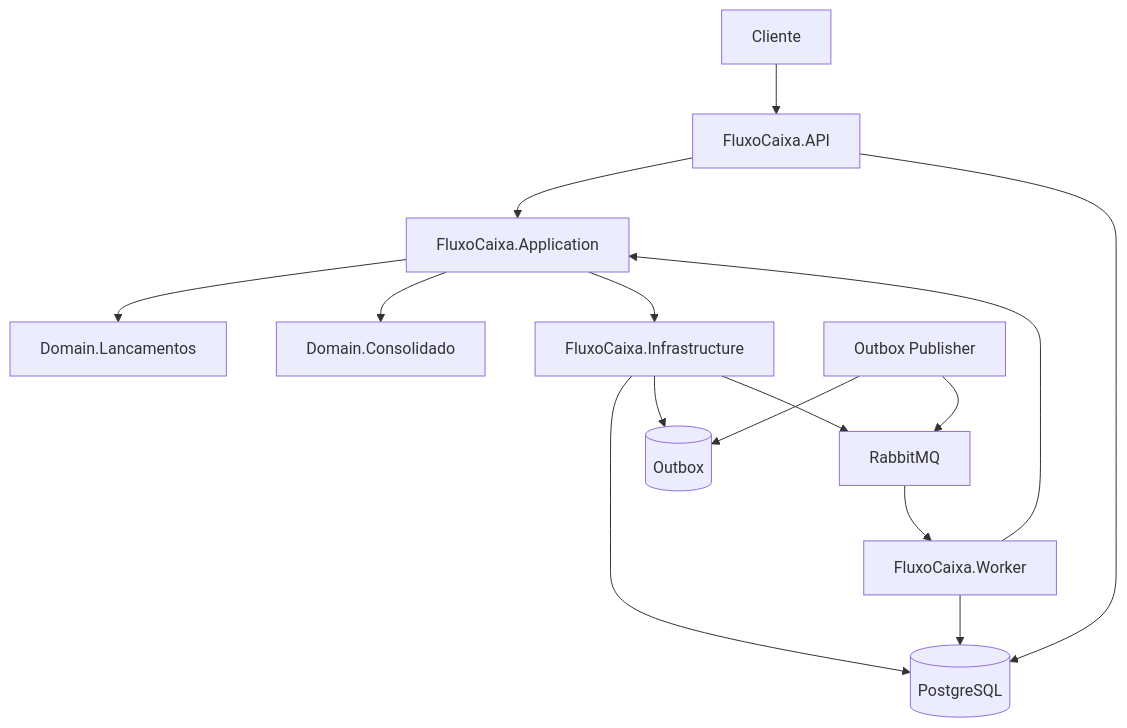
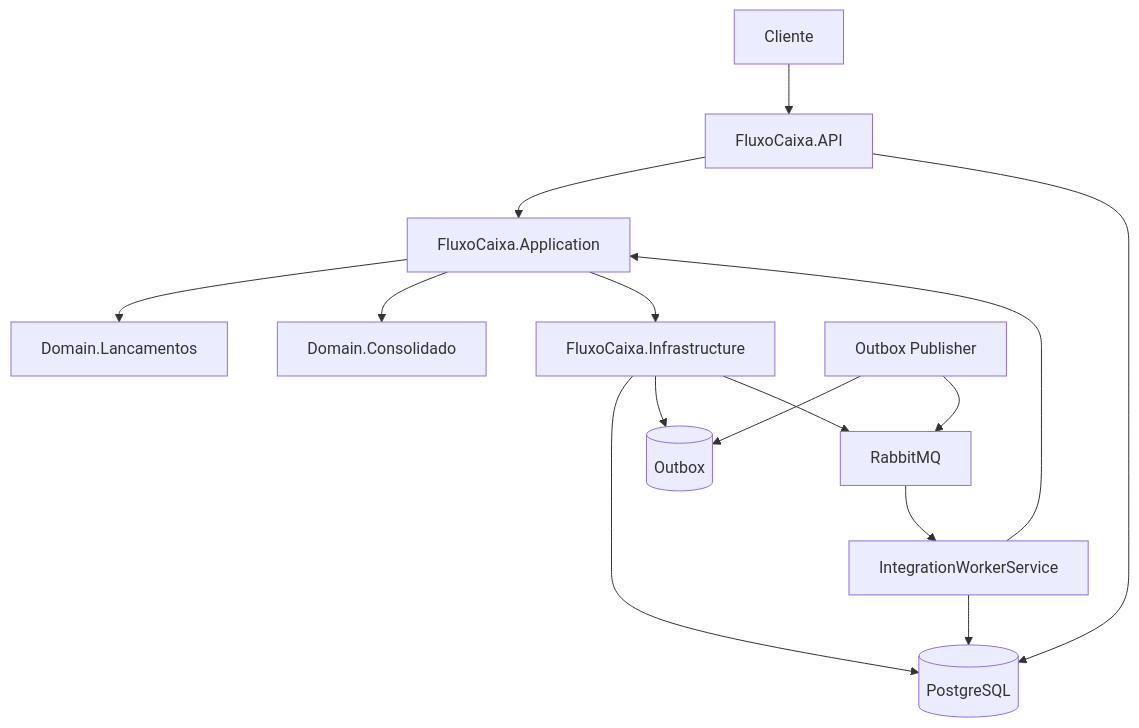
Before and after one commit to LeonardoGonSantos/desafio-tec: the first of 2 diagrams in README.md, drawn with Mermaid. The commit also changed other lines of this file and 12 other files, not shown here.

Commit message:
Refactor project structure: removed FluxoCaixa.Worker service and integrated its functionality into the API as IntegrationWorkerService. Updated docker-compose and documentation to reflect these changes.

````diff
--- a/README.md
+++ b/README.md
@@ -36,17 +36,17 @@
 ```mermaid
 graph TB
     Client[Cliente] --> API[FluxoCaixa.API]
     API --> App[FluxoCaixa.Application]
     App --> DomL[Domain.Lancamentos]
     App --> DomC[Domain.Consolidado]
     App --> Infra[FluxoCaixa.Infrastructure]
     Infra --> DB[(PostgreSQL)]
     Infra --> Outbox[(Outbox)]
     Infra --> RMQ[RabbitMQ]
     OutboxPublisher[Outbox Publisher] --> Outbox
     OutboxPublisher --> RMQ
-    RMQ --> Worker[FluxoCaixa.Worker]
-    Worker --> App
-    Worker --> DB
+    RMQ --> IntegrationWorker[IntegrationWorkerService]
+    IntegrationWorker --> App
+    IntegrationWorker --> DB
     API --> DB
 ```
````
